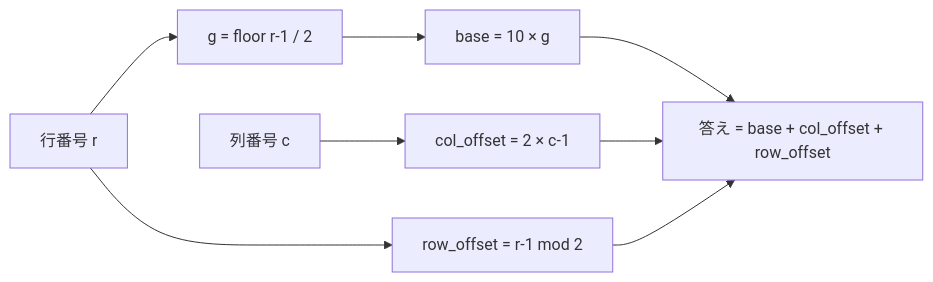
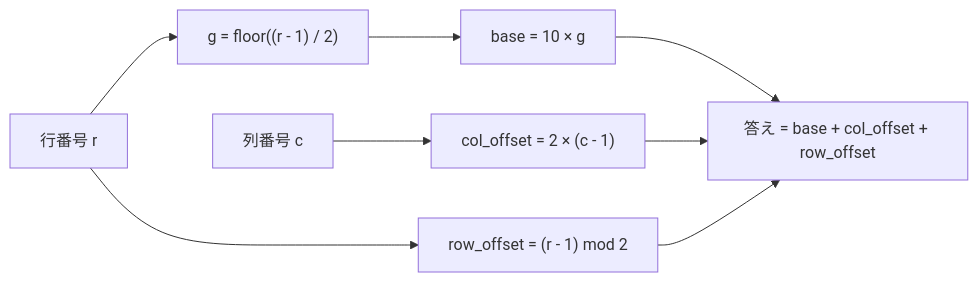
Before and after one commit to myoshi2891/Algorithm-DataStructures-Math-SQL: the third of 3 diagrams in Mathematics/Fundamentals/HackerRank/Claude/Easy/Strange Grid Again/Strange_Grid_Again.md, drawn with Mermaid. The commit also changed other lines of this file and 4 other files, not shown here.

````diff
--- a/Mathematics/Fundamentals/HackerRank/Claude/Easy/Strange Grid Again/Strange_Grid_Again.md
+++ b/Mathematics/Fundamentals/HackerRank/Claude/Easy/Strange Grid Again/Strange_Grid_Again.md
@@ -215,10 +215,10 @@
 ```mermaid
 graph LR
-  R[行番号 r] --> G[g = floor r-1 / 2]
-  R --> RO[row_offset = r-1 mod 2]
-  C[列番号 c] --> CO[col_offset = 2 × c-1]
-  G --> B[base = 10 × g]
-  B --> ANS[答え = base + col_offset + row_offset]
+  R["行番号 r"] --> G["g = floor((r - 1) / 2)"]
+  R --> RO["row_offset = (r - 1) mod 2"]
+  C["列番号 c"] --> CO["col_offset = 2 × (c - 1)"]
+  G --> B["base = 10 × g"]
+  B --> ANS["答え = base + col_offset + row_offset"]
   CO --> ANS
   RO --> ANS
 ```
````
